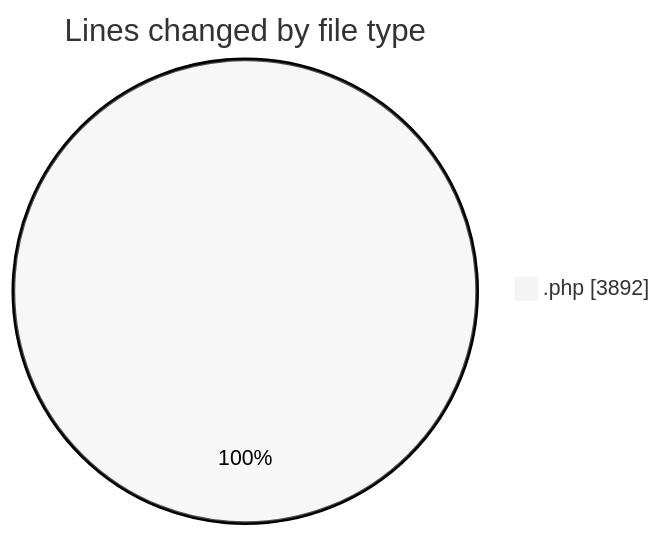
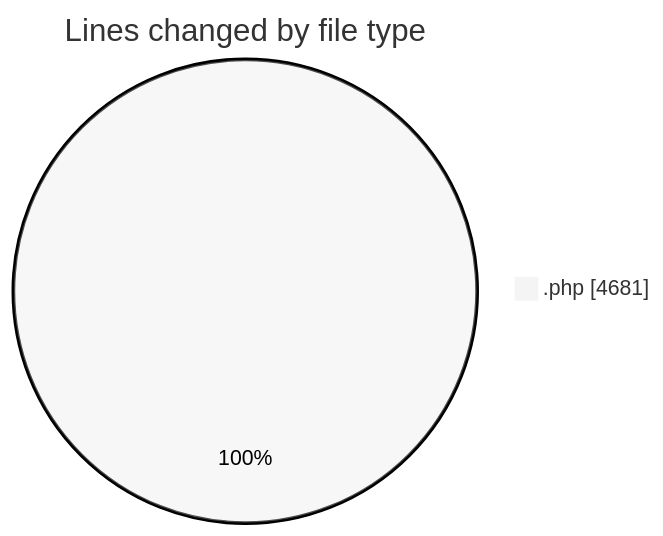
The first of 2 diagrams in 2025-10-29/untitled__workspace_/README.md (debugP/code-tracking), drawn with Mermaid (neutral theme) before and after one commit. The commit also changed other lines of this file and 1 other file, not shown here.

````diff
--- a/2025-10-29/untitled__workspace_/README.md
+++ b/2025-10-29/untitled__workspace_/README.md
@@ -22,5 +22,5 @@
 ```mermaid
 pie showData
 title Lines changed by file type
-".php" : 3892
+".php" : 4681
 ```
````
